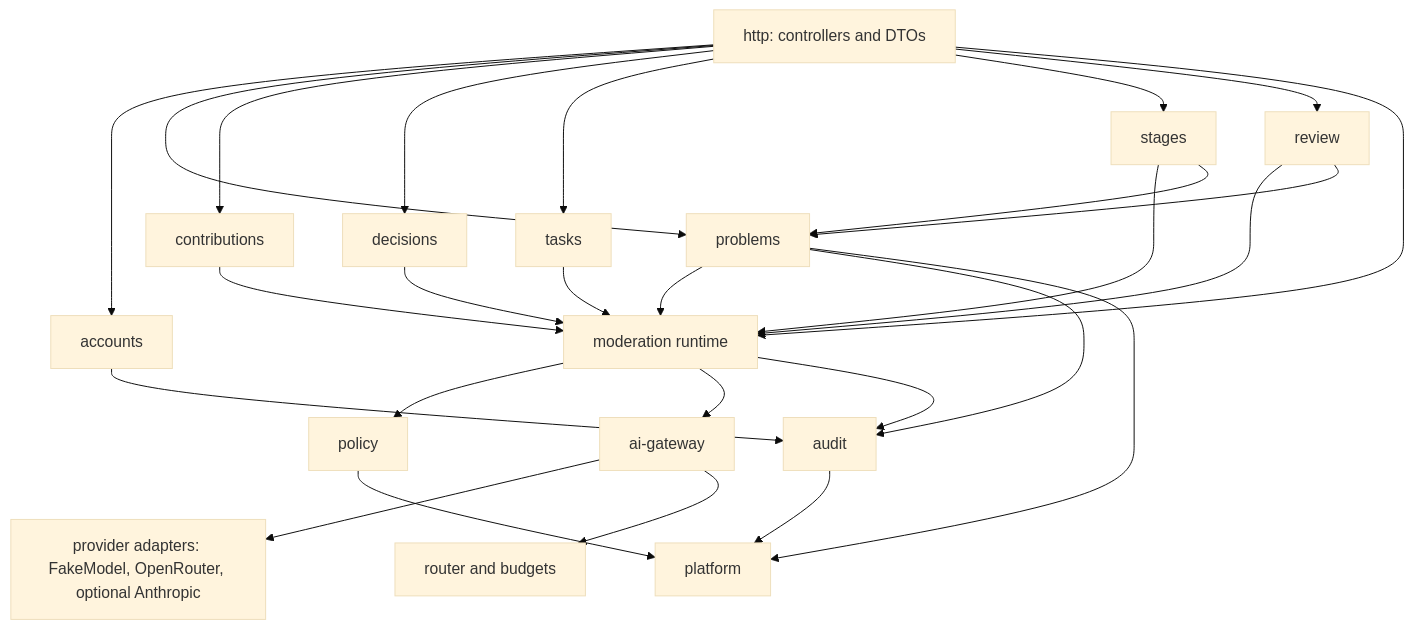
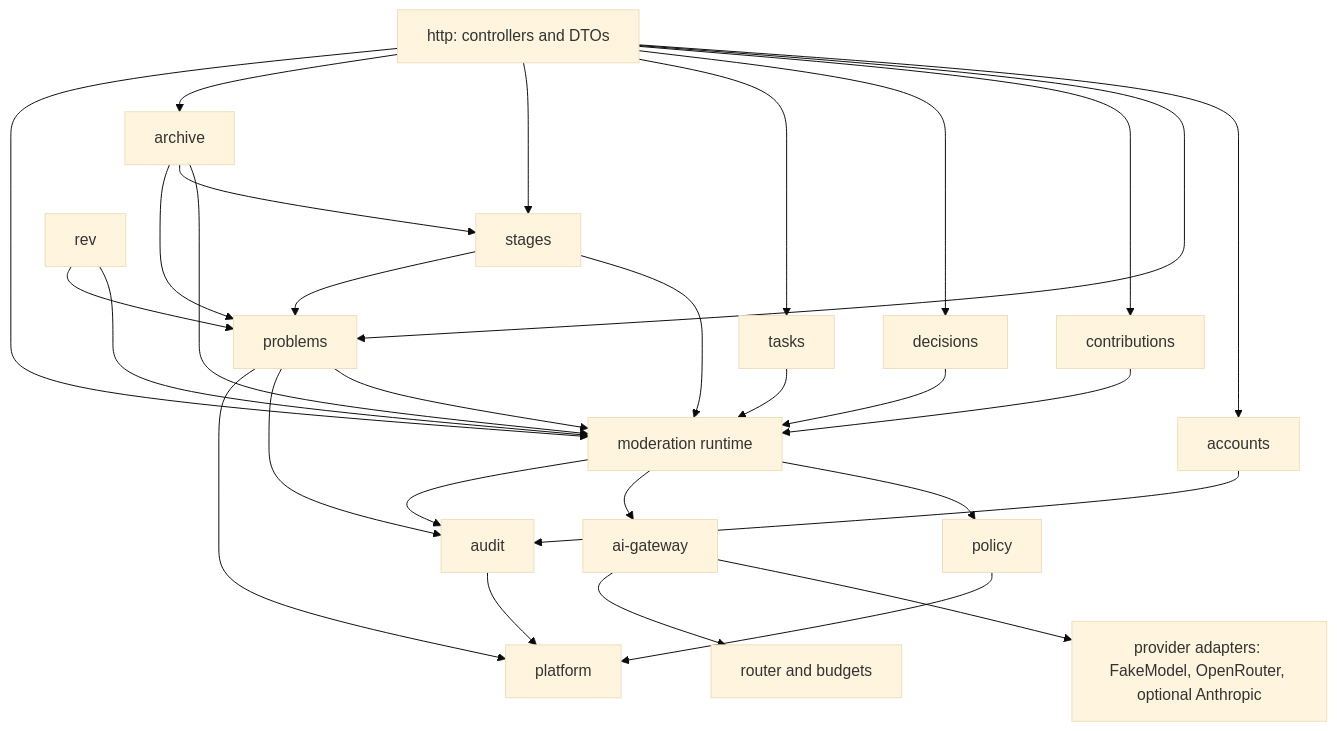
One commit to community-action-network-oss/community_action_network_oss changed the first of 5 diagrams in docs/design/components/server.md. Above: the diagram before and after it, drawn with Mermaid (base theme). The commit also changed other lines of this file and 21 other files, not shown here.

Commit message:
W12 P4: archive and reuse UX, flows and components (suggested paths, Archive, stage draft)

````diff
--- a/docs/design/components/server.md
+++ b/docs/design/components/server.md
@@ -9,29 +9,32 @@
 ```mermaid
 flowchart TD
   http[http: controllers and DTOs] --> acc[accounts]
   http --> prob[problems]
   http --> contrib[contributions]
   http --> dec[decisions]
   http --> task[tasks]
   http --> stg[stages]
-  http --> rev[review]
+  http --> arc[archive]
+  arc --> modr
+  arc --> stg
+  arc --> prob
   stg --> modr
   rev --> modr
   stg --> prob
   rev --> prob
   http --> modr[moderation runtime]
   prob --> modr
   contrib --> modr
   dec --> modr
   task --> modr
   modr --> pol[policy]
   modr --> gw[ai-gateway]
   gw --> adapters[provider adapters: FakeModel, OpenRouter, optional Anthropic]
   gw --> budgets[router and budgets]
   modr --> aud[audit]
   acc --> aud
   prob --> aud
   pol --> plat[platform]
   aud --> plat
   prob --> plat
 ```
````
